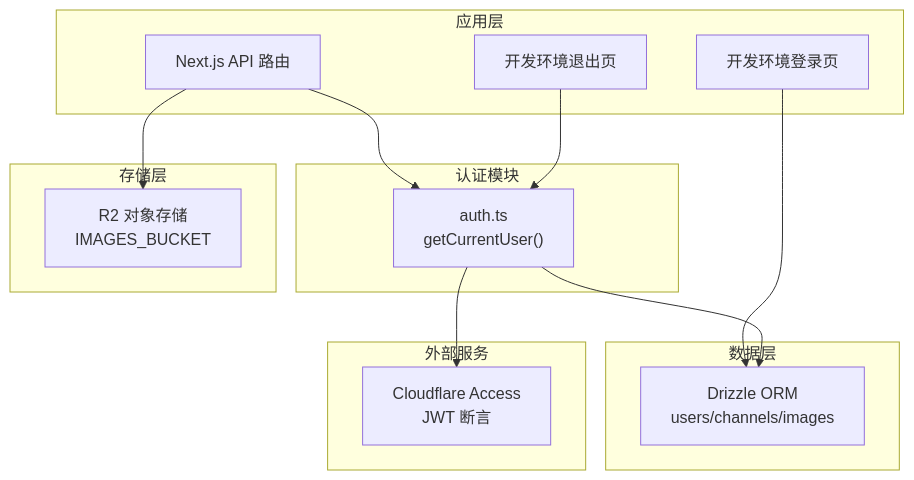
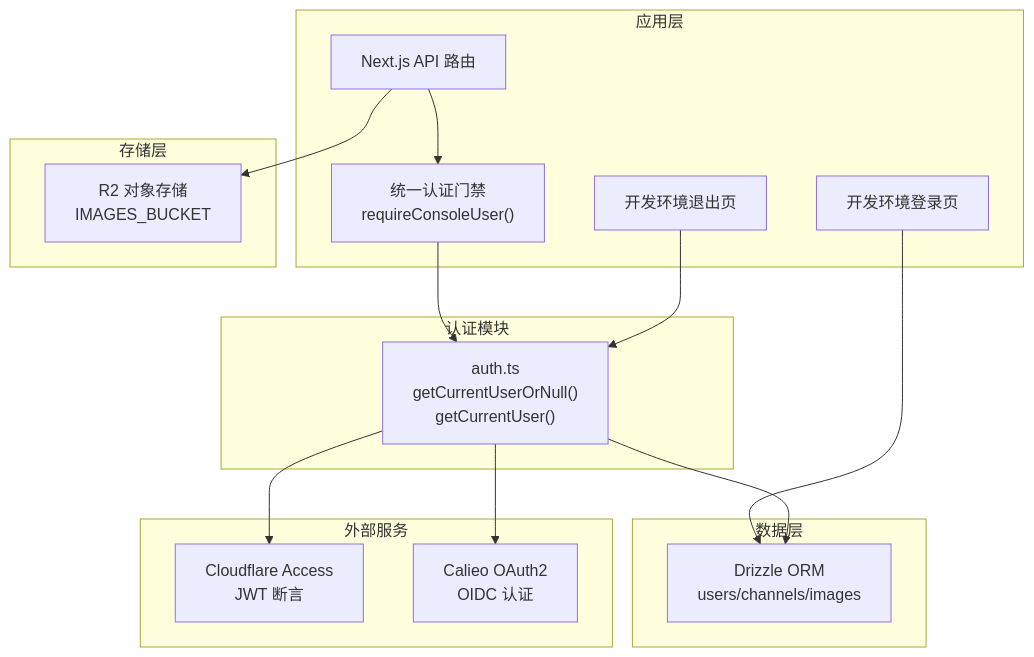
The first of 8 diagrams in .qoder/repowiki/zh/content/核心模块/认证系统.md (pnnh/weable), drawn with Mermaid before and after one commit. The commit also changed other lines of this file and 133 other files, not shown here.

Commit message:
实现基于浏览器自带AI识别图片内容功能

````diff
--- a/.qoder/repowiki/zh/content/核心模块/认证系统.md
+++ b/.qoder/repowiki/zh/content/核心模块/认证系统.md
@@ -49,26 +51,30 @@
 ```mermaid
 graph TB
 subgraph "应用层"
 API["Next.js API 路由"]
 SignIn["开发环境登录页"]
 SignOut["开发环境退出页"]
+Gate["统一认证门禁<br/>requireConsoleUser()"]
 end
 subgraph "认证模块"
-Auth["auth.ts<br/>getCurrentUser()"]
+Auth["auth.ts<br/>getCurrentUserOrNull()<br/>getCurrentUser()"]
 end
 subgraph "数据层"
 DB["Drizzle ORM<br/>users/channels/images"]
 end
 subgraph "存储层"
 R2["R2 对象存储<br/>IMAGES_BUCKET"]
 end
 subgraph "外部服务"
 CF["Cloudflare Access<br/>JWT 断言"]
+Calieo["Calieo OAuth2<br/>OIDC 认证"]
 end
-API --> Auth
+API --> Gate
+Gate --> Auth
 SignIn --> DB
 SignOut --> Auth
 Auth --> DB
 API --> R2
 Auth --> CF
+Auth --> Calieo
 ```
````
